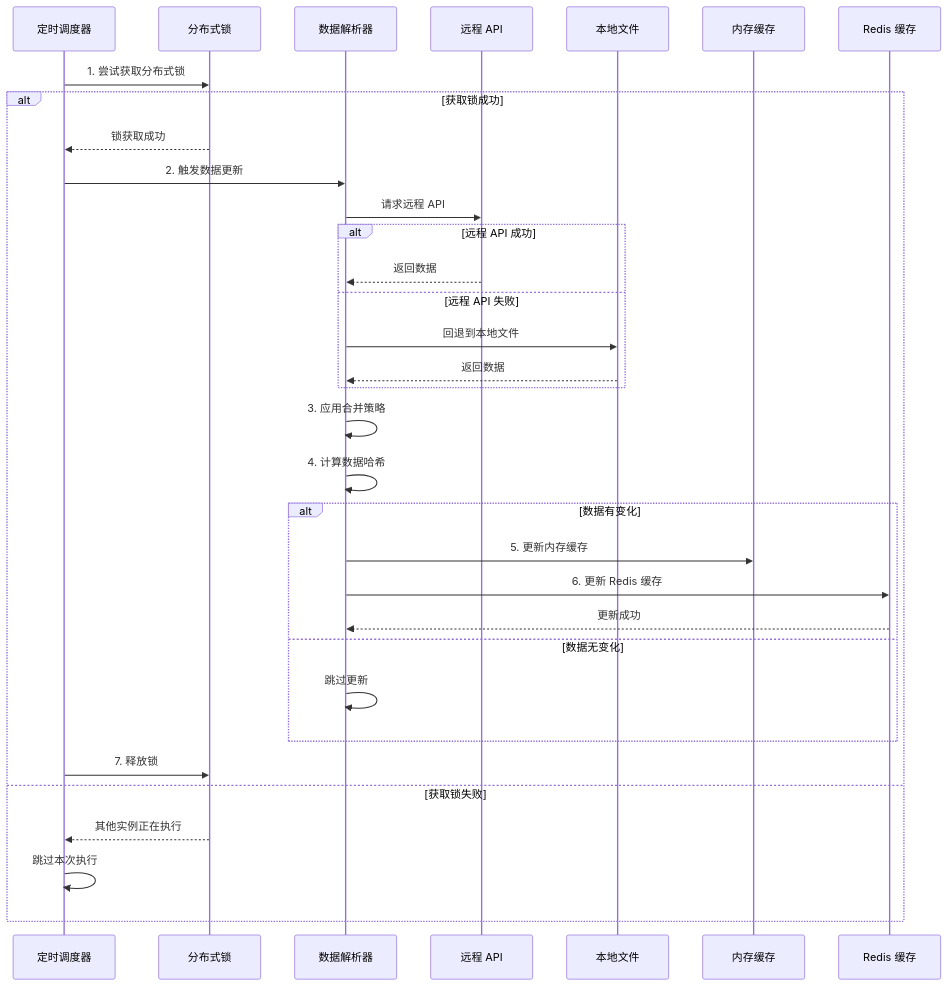
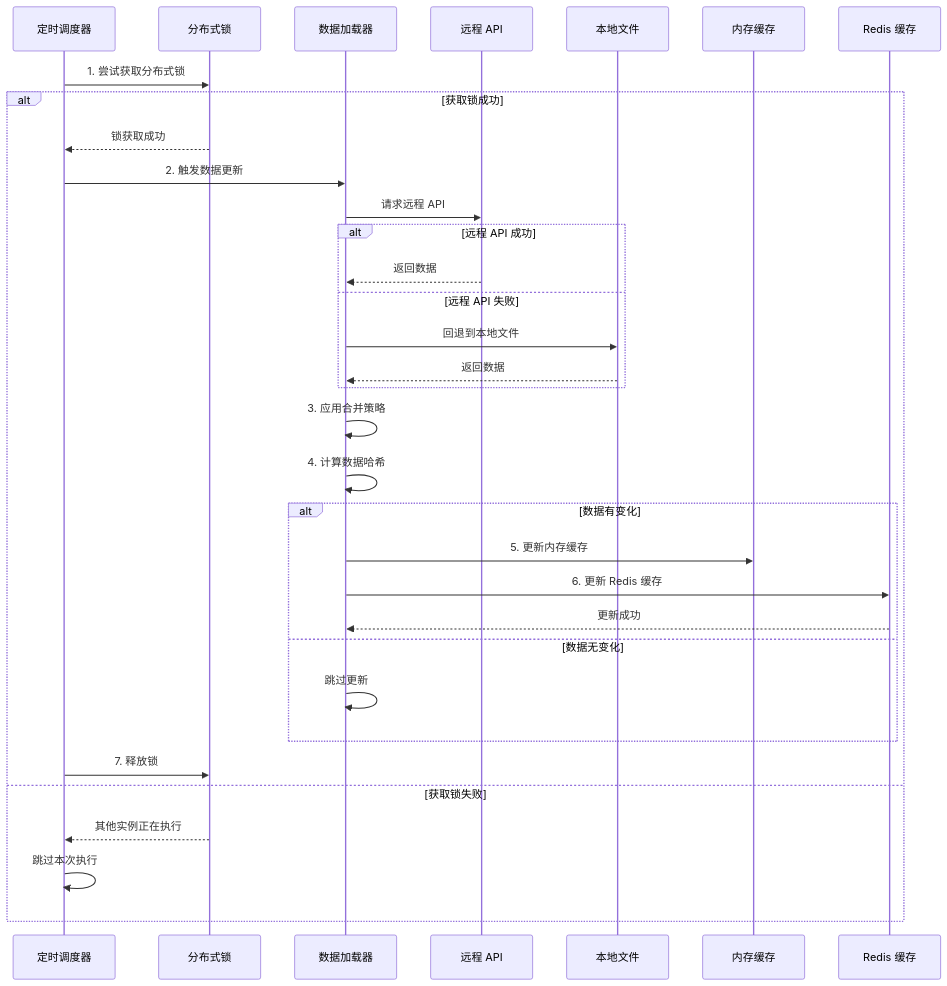
The third of 7 diagrams in docs/zhCN/ARCHITECTURE.md (soulteary/warden), drawn with Mermaid before and after one commit. The commit also changed other lines of this file and 30 other files, not shown here.

````diff
--- a/docs/zhCN/ARCHITECTURE.md
+++ b/docs/zhCN/ARCHITECTURE.md
@@ -136,36 +136,36 @@
 ```mermaid
 sequenceDiagram
     participant Scheduler as 定时调度器
     participant Lock as 分布式锁
-    participant Parser as 数据解析器
+    participant Loader as 数据加载器
     participant Remote as 远程 API
     participant Local as 本地文件
     participant Memory as 内存缓存
     participant Redis as Redis 缓存
 
     Scheduler->>Lock: 1. 尝试获取分布式锁
     alt 获取锁成功
         Lock-->>Scheduler: 锁获取成功
-        Scheduler->>Parser: 2. 触发数据更新
-        Parser->>Remote: 请求远程 API
+        Scheduler->>Loader: 2. 触发数据更新
+        Loader->>Remote: 请求远程 API
         alt 远程 API 成功
-            Remote-->>Parser: 返回数据
+            Remote-->>Loader: 返回数据
         else 远程 API 失败
-            Parser->>Local: 回退到本地文件
-            Local-->>Parser: 返回数据
+            Loader->>Local: 回退到本地文件
+            Local-->>Loader: 返回数据
         end
-        Parser->>Parser: 3. 应用合并策略
-        Parser->>Parser: 4. 计算数据哈希
+        Loader->>Loader: 3. 应用合并策略
+        Loader->>Loader: 4. 计算数据哈希
         alt 数据有变化
-            Parser->>Memory: 5. 更新内存缓存
-            Parser->>Redis: 6. 更新 Redis 缓存
-            Redis-->>Parser: 更新成功
+            Loader->>Memory: 5. 更新内存缓存
+            Loader->>Redis: 6. 更新 Redis 缓存
+            Redis-->>Loader: 更新成功
         else 数据无变化
-            Parser->>Parser: 跳过更新
+            Loader->>Loader: 跳过更新
         end
         Scheduler->>Lock: 7. 释放锁
     else 获取锁失败
         Lock-->>Scheduler: 其他实例正在执行
         Scheduler->>Scheduler: 跳过本次执行
     end
 ```
````
